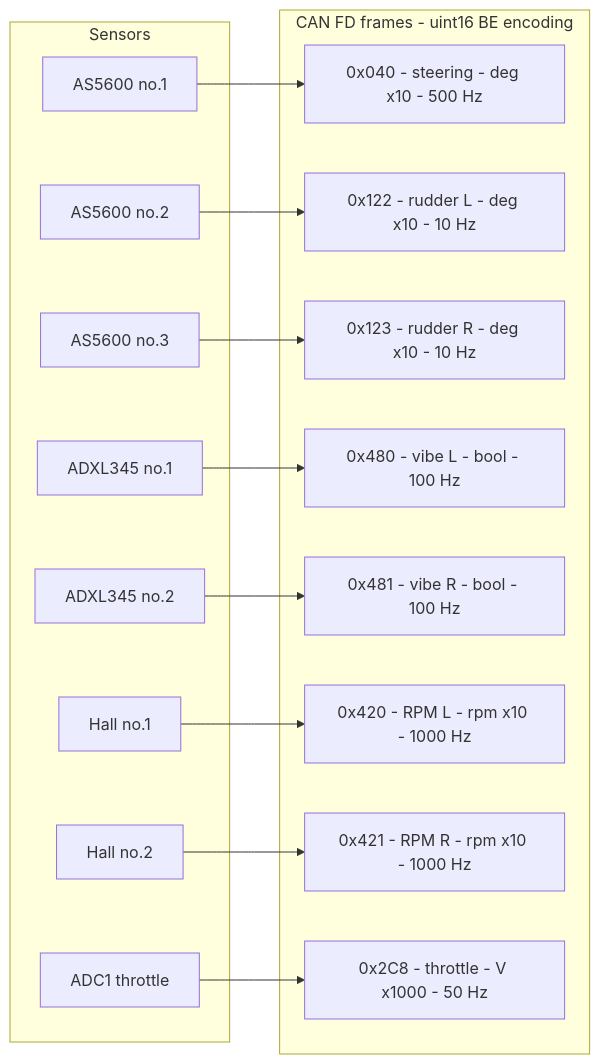
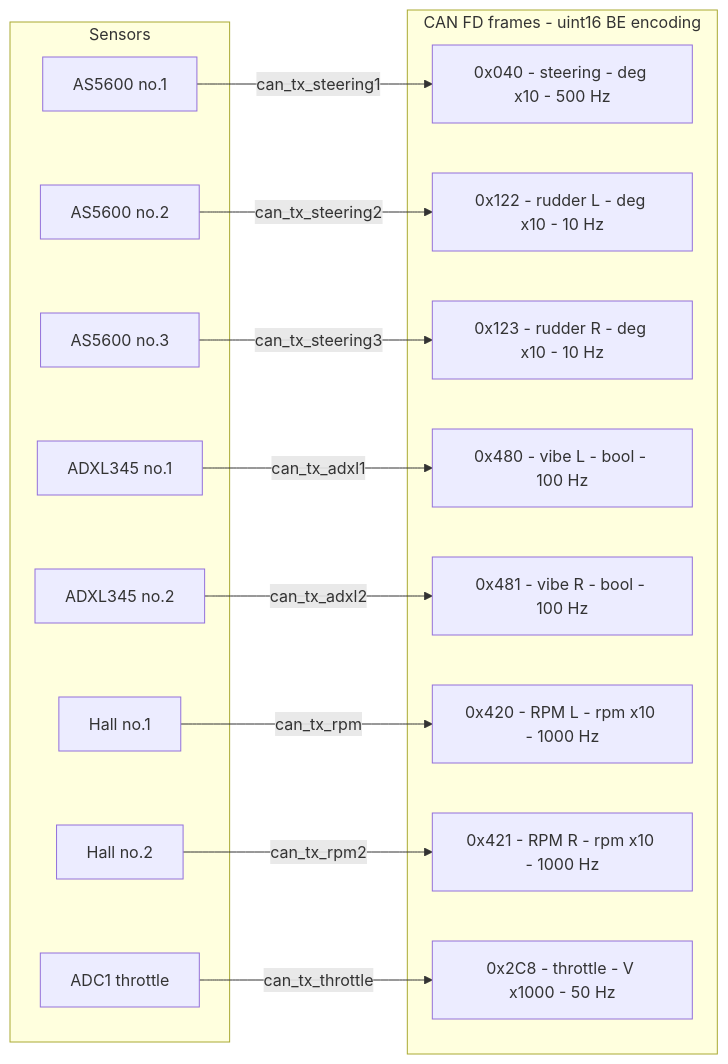
Before and after one commit to Cal-Poly-Pomona-Solar-Boat/CPPSolarBoat2025: the third of 6 diagrams in Node-Red-TestCode/danielCode/README.md, drawn with Mermaid. The commit also changed other lines of this file, not shown here.

````diff
--- a/Node-Red-TestCode/danielCode/README.md
+++ b/Node-Red-TestCode/danielCode/README.md
@@ -108,33 +117,33 @@
 ```mermaid
 graph LR
     subgraph Sensors
         S1[AS5600 no.1]
         S2[AS5600 no.2]
         S3[AS5600 no.3]
         S4[ADXL345 no.1]
         S5[ADXL345 no.2]
         S6[Hall no.1]
         S7[Hall no.2]
         S8[ADC1 throttle]
     end
 
     subgraph Frames["CAN FD frames - uint16 BE encoding"]
         F1["0x040 - steering - deg x10 - 500 Hz"]
         F2["0x122 - rudder L - deg x10 - 10 Hz"]
         F3["0x123 - rudder R - deg x10 - 10 Hz"]
         F4["0x480 - vibe L - bool - 100 Hz"]
         F5["0x481 - vibe R - bool - 100 Hz"]
         F6["0x420 - RPM L - rpm x10 - 1000 Hz"]
         F7["0x421 - RPM R - rpm x10 - 1000 Hz"]
         F8["0x2C8 - throttle - V x1000 - 50 Hz"]
     end
 
-    S1 --> F1
-    S2 --> F2
-    S3 --> F3
-    S4 --> F4
-    S5 --> F5
-    S6 --> F6
-    S7 --> F7
-    S8 --> F8
+    S1 -->|can_tx_steering1| F1
+    S2 -->|can_tx_steering2| F2
+    S3 -->|can_tx_steering3| F3
+    S4 -->|can_tx_adxl1| F4
+    S5 -->|can_tx_adxl2| F5
+    S6 -->|can_tx_rpm| F6
+    S7 -->|can_tx_rpm2| F7
+    S8 -->|can_tx_throttle| F8
 ```
````
